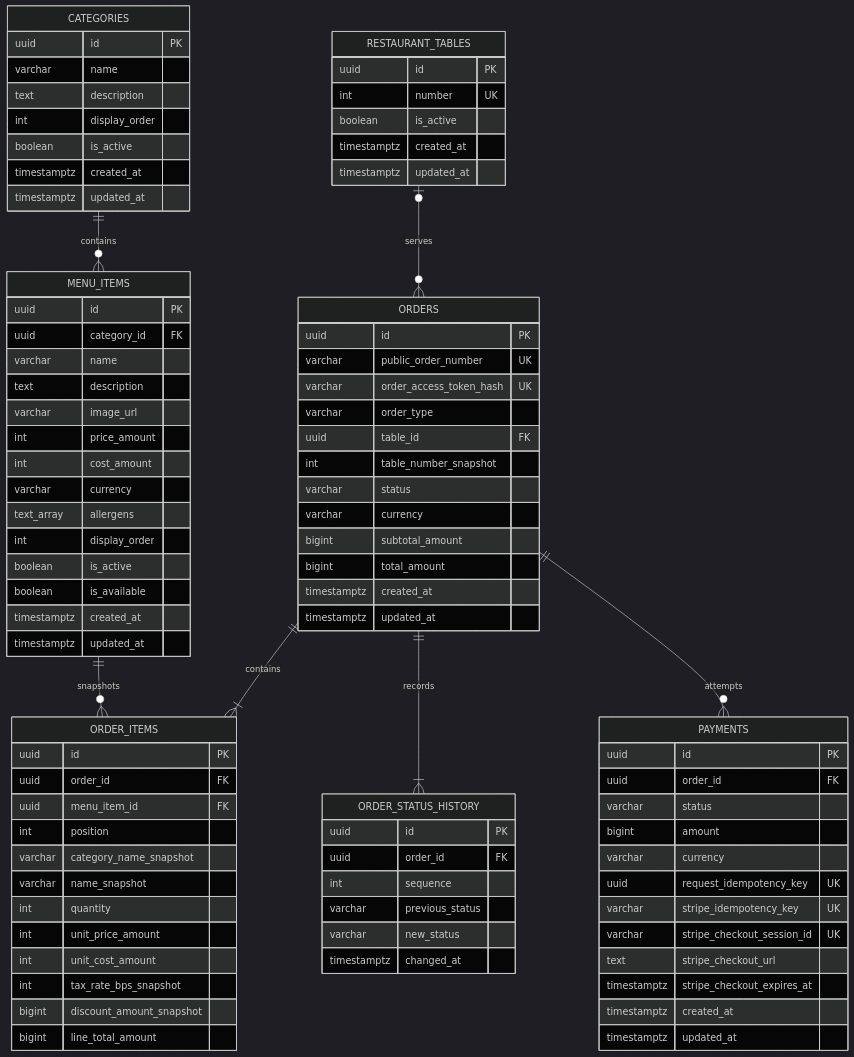
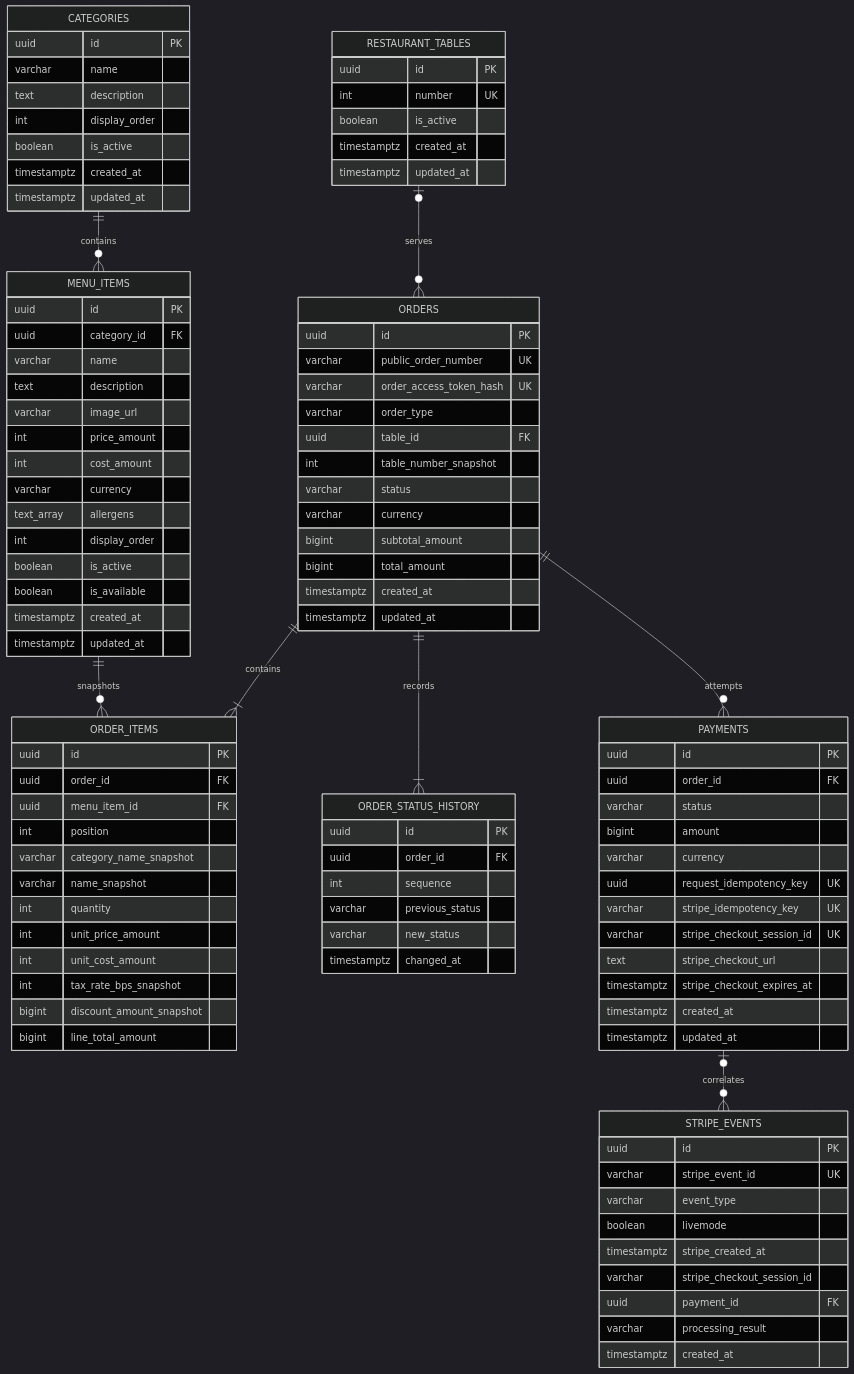
One commit to kamilSarbian/Restaurant_Ordering_Analytics changed the second of 3 diagrams in docs/ARCHITECTURE.md. Above: the diagram before and after it, drawn with Mermaid (dark theme). The commit also changed other lines of this file and 27 other files, not shown here.

Commit message:
feat: add verified Stripe webhook processing

````diff
--- a/docs/ARCHITECTURE.md
+++ b/docs/ARCHITECTURE.md
@@ -235,6 +234,7 @@
     MENU_ITEMS ||--o{ ORDER_ITEMS : snapshots
     ORDERS ||--|{ ORDER_STATUS_HISTORY : records
     ORDERS ||--o{ PAYMENTS : attempts
+    PAYMENTS o|--o{ STRIPE_EVENTS : correlates
 
     CATEGORIES {
         uuid id PK
@@ -324,4 +324,16 @@
         timestamptz created_at
         timestamptz updated_at
     }
+
+    STRIPE_EVENTS {
+        uuid id PK
+        varchar stripe_event_id UK
+        varchar event_type
+        boolean livemode
+        timestamptz stripe_created_at
+        varchar stripe_checkout_session_id
+        uuid payment_id FK
+        varchar processing_result
+        timestamptz created_at
+    }
 ```
````
